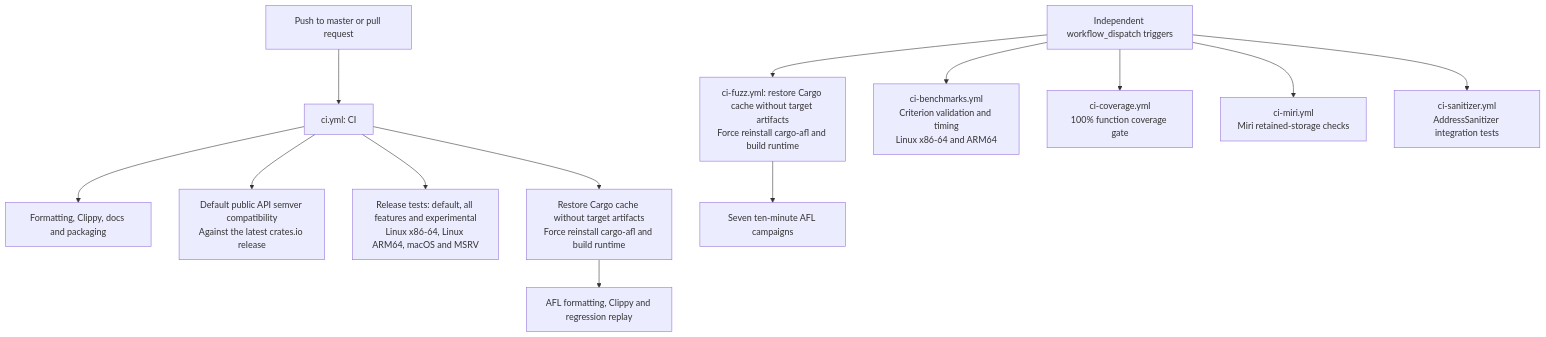
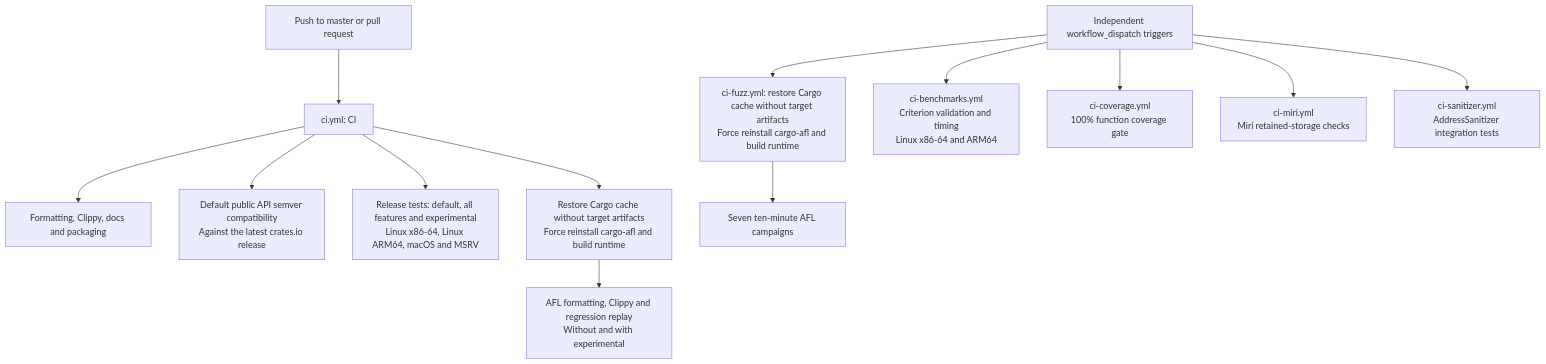
Before and after one commit to Mnwa/mbrotli: the diagram in architecture/ci.md, drawn with Mermaid. The commit also changed other lines of this file and 14 other files, not shown here.

````diff
--- a/architecture/ci.md
+++ b/architecture/ci.md
@@ -6,15 +6,15 @@
 ```mermaid
 flowchart TD
     automatic["Push to master or pull request"] --> fast["ci.yml: CI"]
     fast --> check["Formatting, Clippy, docs and packaging"]
     fast --> semver["Default public API semver compatibility<br/>Against the latest crates.io release"]
     fast --> tests["Release tests: default, all features and experimental<br/>Linux x86-64, Linux ARM64, macOS and MSRV"]
     fast --> replaySetup["Restore Cargo cache without target artifacts<br/>Force reinstall cargo-afl and build runtime"]
-    replaySetup --> replay["AFL formatting, Clippy and regression replay"]
+    replaySetup --> replay["AFL formatting, Clippy and regression replay<br/>Without and with experimental"]
     manual["Independent workflow_dispatch triggers"] --> fuzzSetup["ci-fuzz.yml: restore Cargo cache without target artifacts<br/>Force reinstall cargo-afl and build runtime"]
     fuzzSetup --> fuzz["Seven ten-minute AFL campaigns"]
     manual --> bench["ci-benchmarks.yml<br/>Criterion validation and timing<br/>Linux x86-64 and ARM64"]
     manual --> coverage["ci-coverage.yml<br/>100% function coverage gate"]
     manual --> miri["ci-miri.yml<br/>Miri retained-storage checks"]
     manual --> asan["ci-sanitizer.yml<br/>AddressSanitizer integration tests"]
 ```
````
